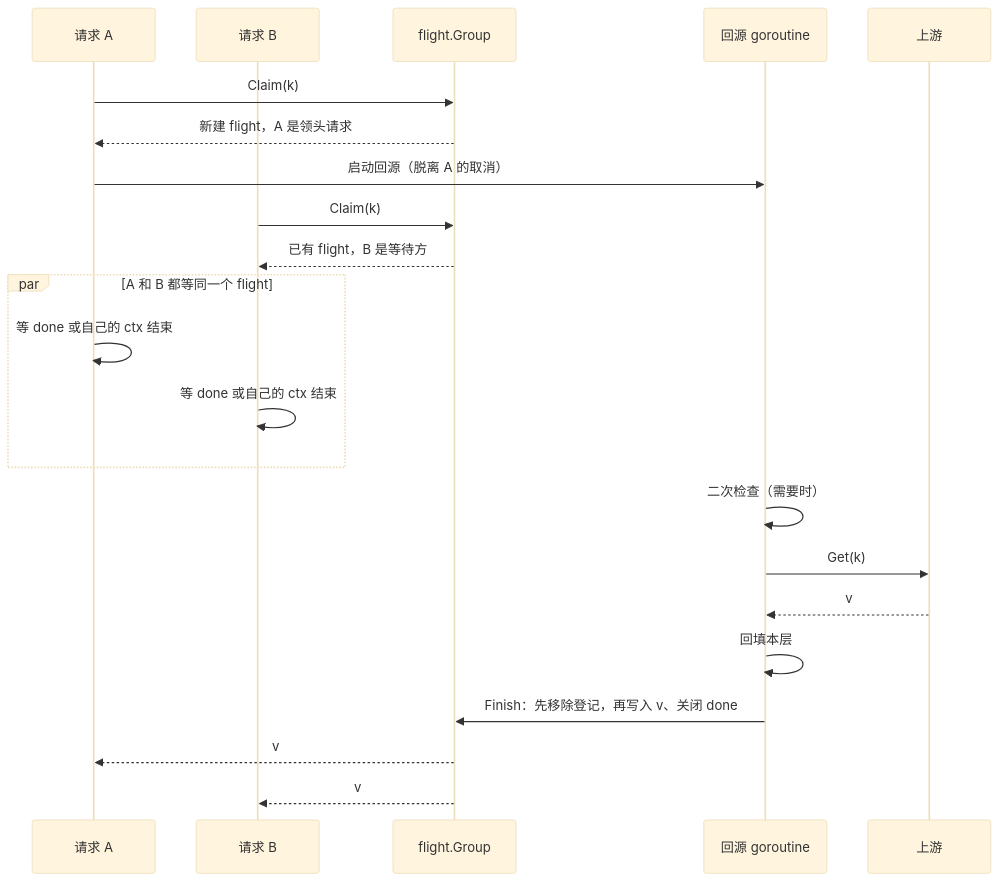
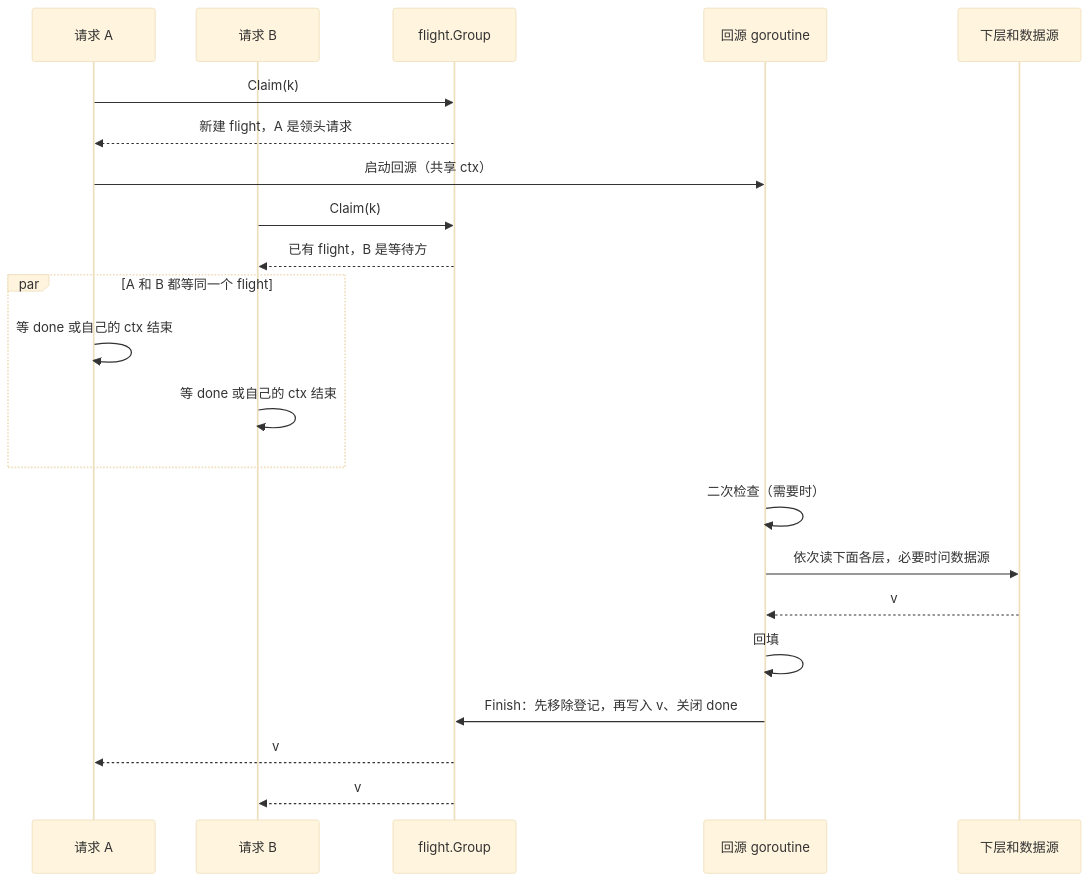
One commit to theplant/cachex changed the first of 2 diagrams in docs/design/singleflight.md. Above: the diagram before and after it, drawn with Mermaid (base theme). The commit also changed other lines of this file and 19 other files, not shown here.

````diff
--- a/docs/design/singleflight.md
+++ b/docs/design/singleflight.md
@@ -40,24 +46,24 @@
 ```mermaid
 sequenceDiagram
     participant A as 请求 A
     participant B as 请求 B
     participant G as flight.Group
     participant F as 回源 goroutine
-    participant U as 上游
+    participant S as 下层和数据源
     A->>G: Claim(k)
     G-->>A: 新建 flight，A 是领头请求
-    A->>F: 启动回源（脱离 A 的取消）
+    A->>F: 启动回源（共享 ctx）
     B->>G: Claim(k)
     G-->>B: 已有 flight，B 是等待方
     par A 和 B 都等同一个 flight
         A->>A: 等 done 或自己的 ctx 结束
         B->>B: 等 done 或自己的 ctx 结束
     end
     F->>F: 二次检查（需要时）
-    F->>U: Get(k)
-    U-->>F: v
-    F->>F: 回填本层
+    F->>S: 依次读下面各层，必要时问数据源
+    S-->>F: v
+    F->>F: 回填
     F->>G: Finish：先移除登记，再写入 v、关闭 done
     G-->>A: v
     G-->>B: v
 ```
````
